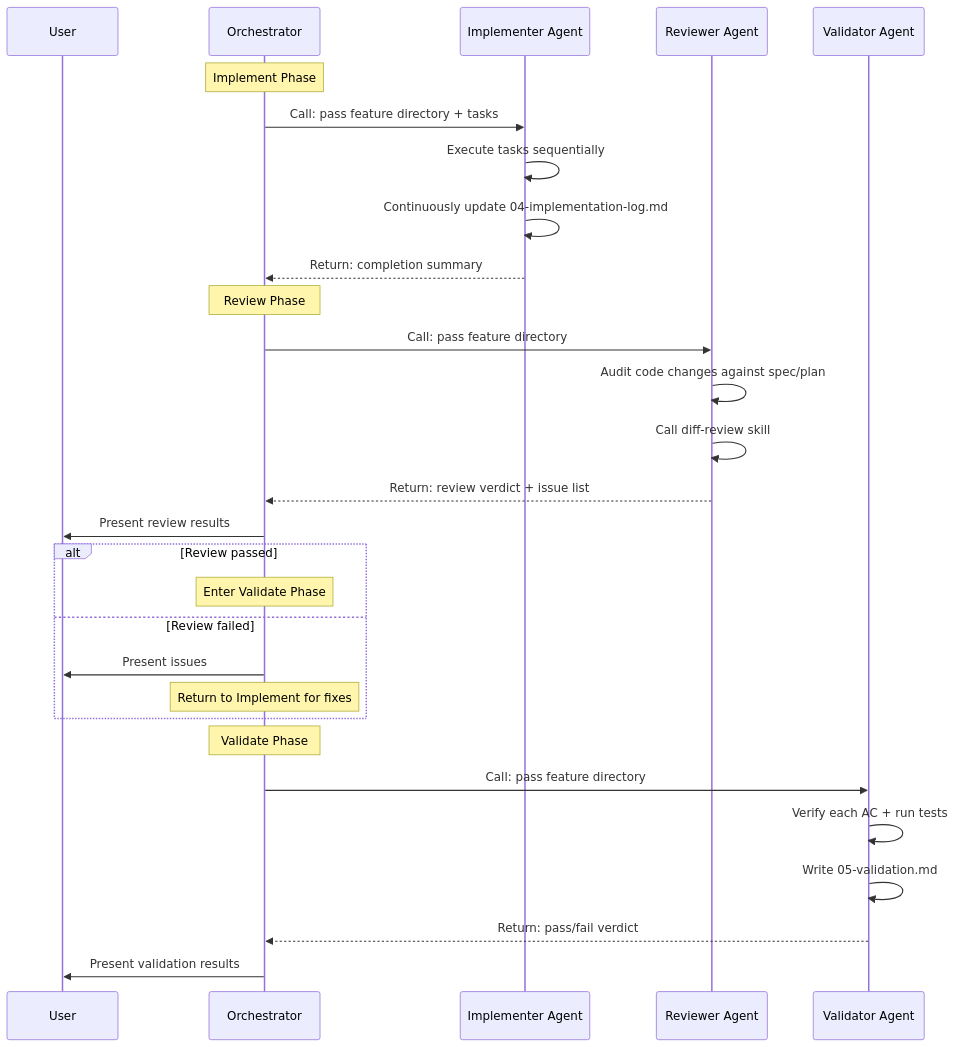
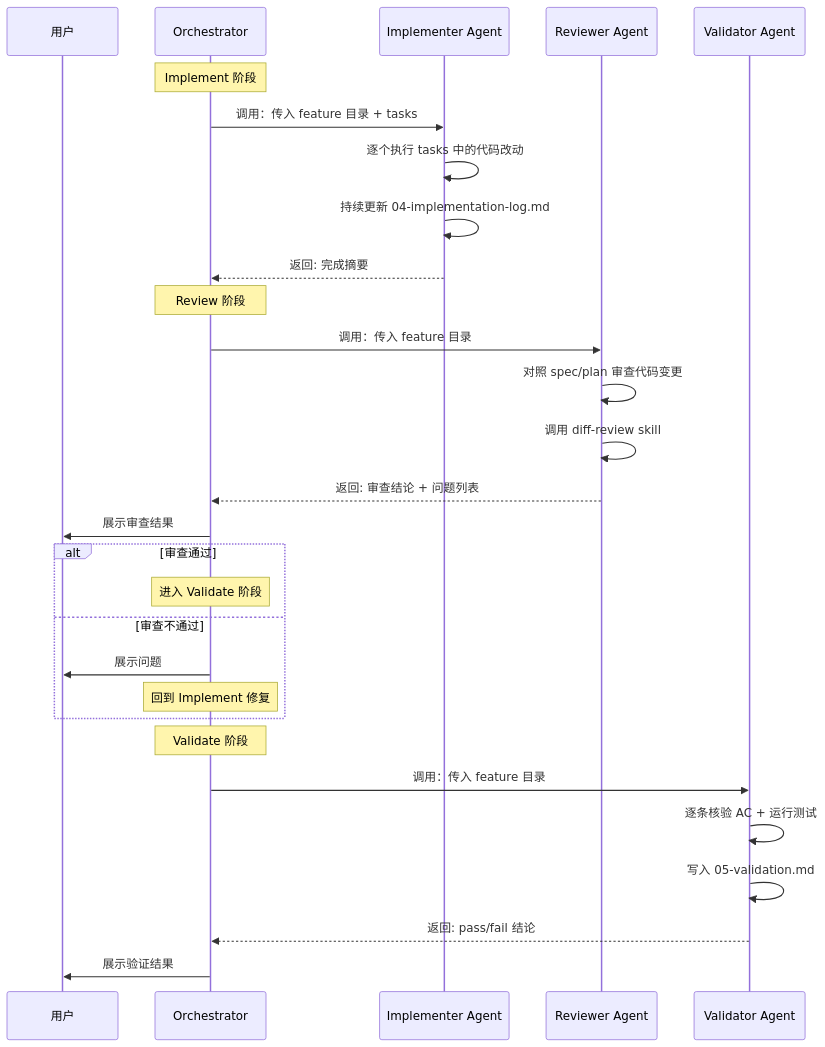
One commit to daydreamer258/opencode-sdd-pipeline changed the fifth of 7 diagrams in ARCHITECTURE.md. Above: the diagram before and after it, drawn with Mermaid. The commit also changed other lines of this file and 1 other file, not shown here.

First line of the commit message:
将 README 和 ARCHITECTURE 改为中文，Quick Start 补充 AGENTS.md

````diff
--- a/ARCHITECTURE.md
+++ b/ARCHITECTURE.md
@@ -173,35 +173,35 @@
 ```mermaid
 sequenceDiagram
-    participant U as User
+    participant U as 用户
     participant O as Orchestrator
     participant I as Implementer Agent
     participant R as Reviewer Agent
     participant V as Validator Agent
 
-    Note over O: Implement Phase
-    O->>I: Call: pass feature directory + tasks
-    I->>I: Execute tasks sequentially
-    I->>I: Continuously update 04-implementation-log.md
-    I-->>O: Return: completion summary
+    Note over O: Implement 阶段
+    O->>I: 调用：传入 feature 目录 + tasks
+    I->>I: 逐个执行 tasks 中的代码改动
+    I->>I: 持续更新 04-implementation-log.md
+    I-->>O: 返回: 完成摘要
 
-    Note over O: Review Phase
-    O->>R: Call: pass feature directory
-    R->>R: Audit code changes against spec/plan
-    R->>R: Call diff-review skill
-    R-->>O: Return: review verdict + issue list
-    O->>U: Present review results
+    Note over O: Review 阶段
+    O->>R: 调用：传入 feature 目录
+    R->>R: 对照 spec/plan 审查代码变更
+    R->>R: 调用 diff-review skill
+    R-->>O: 返回: 审查结论 + 问题列表
+    O->>U: 展示审查结果
 
-    alt Review passed
-        Note over O: Enter Validate Phase
-    else Review failed
-        O->>U: Present issues
-        Note over O: Return to Implement for fixes
+    alt 审查通过
+        Note over O: 进入 Validate 阶段
+    else 审查不通过
+        O->>U: 展示问题
+        Note over O: 回到 Implement 修复
     end
 
-    Note over O: Validate Phase
-    O->>V: Call: pass feature directory
-    V->>V: Verify each AC + run tests
-    V->>V: Write 05-validation.md
-    V-->>O: Return: pass/fail verdict
-    O->>U: Present validation results
+    Note over O: Validate 阶段
+    O->>V: 调用：传入 feature 目录
+    V->>V: 逐条核验 AC + 运行测试
+    V->>V: 写入 05-validation.md
+    V-->>O: 返回: pass/fail 结论
+    O->>U: 展示验证结果
 ```
````
